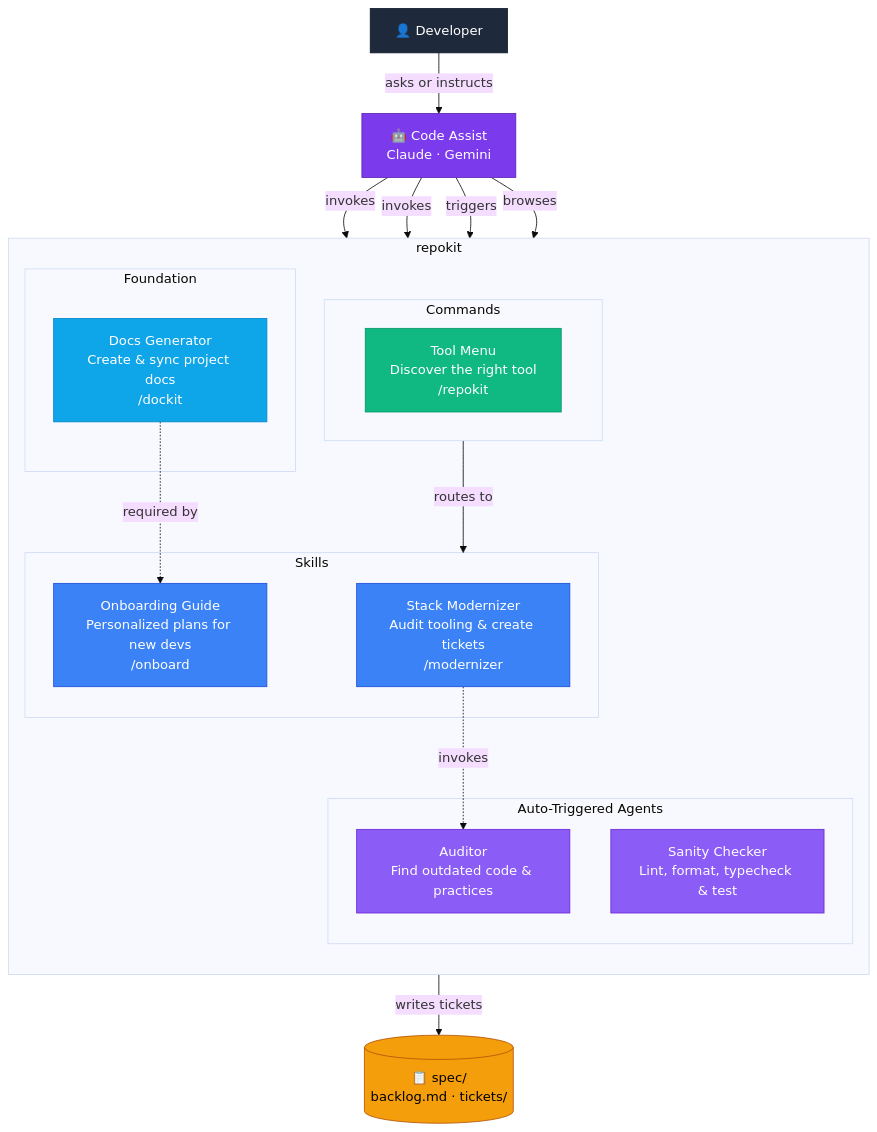
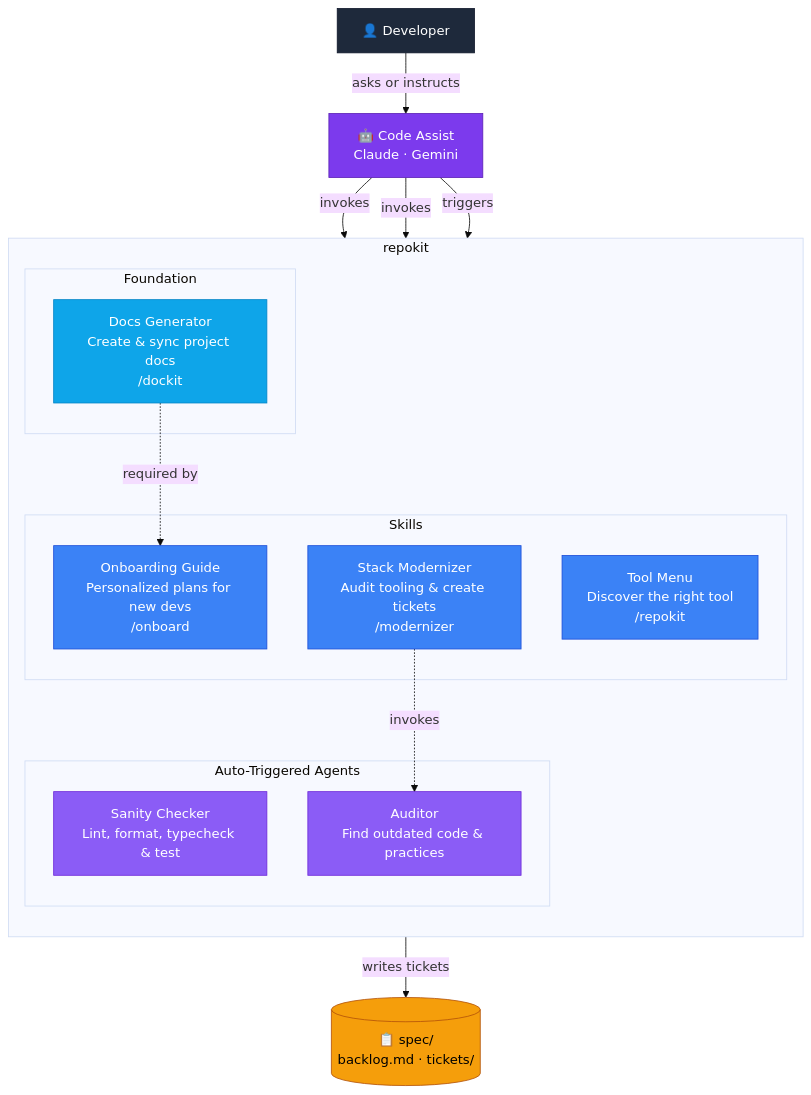
The first of 4 diagrams in README.md (TheLampshady/repokit), drawn with Mermaid (base theme) before and after one commit. The commit also changed other lines of this file and 8 other files, not shown here.

````diff
--- a/README.md
+++ b/README.md
@@ -113,56 +129,49 @@
 ```mermaid
 graph TD
     subgraph repokit["repokit"]
         direction TB
 
         subgraph foundation["Foundation"]
             S_dockit["Docs Generator\nCreate & sync project docs\n/dockit"]
         end
 
         subgraph skills_box["Skills"]
+            S_repokit["Tool Menu\nDiscover the right tool\n/repokit"]
             S_modernizer["Stack Modernizer\nAudit tooling & create tickets\n/modernizer"]
             S_onboard["Onboarding Guide\nPersonalized plans for new devs\n/onboard"]
         end
 
         subgraph agents_box["Auto-Triggered Agents"]
             A_sanity["Sanity Checker\nLint, format, typecheck & test"]
             A_auditor["Auditor\nFind outdated code & practices"]
-        end
-
-        subgraph commands_box["Commands"]
-            C_repokit["Tool Menu\nDiscover the right tool\n/repokit"]
         end
     end
 
     Dev["👤 Developer"]
     CA["🤖 Code Assist\nClaude · Gemini"]
     Spec[("📋 spec/\nbacklog.md · tickets/")]
 
     Dev -->|"asks or instructs"| CA
     CA -->|"invokes"| foundation
     CA -->|"invokes"| skills_box
     CA -->|"triggers"| agents_box
-    CA -->|"browses"| commands_box
-    commands_box -->|"routes to"| skills_box
 
     S_dockit -.->|"required by"| S_onboard
     S_modernizer -.->|"invokes"| A_auditor
 
     S_modernizer -->|"writes tickets"| Spec
 
     classDef skill   fill:#3b82f6,stroke:#1d4ed8,color:#fff
     classDef agent   fill:#8b5cf6,stroke:#6d28d9,color:#fff
-    classDef command fill:#10b981,stroke:#059669,color:#fff
     classDef storage fill:#f59e0b,stroke:#b45309,color:#000
     classDef dev     fill:#1e293b,stroke:#0f172a,color:#fff
     classDef ai      fill:#7c3aed,stroke:#5b21b6,color:#fff
     classDef found   fill:#0ea5e9,stroke:#0284c7,color:#fff
 
-    class S_modernizer,S_onboard skill
+    class S_repokit,S_modernizer,S_onboard skill
     class A_sanity,A_auditor agent
-    class C_repokit command
     class Spec storage
     class Dev dev
     class CA ai
     class S_dockit found
 ```
````
